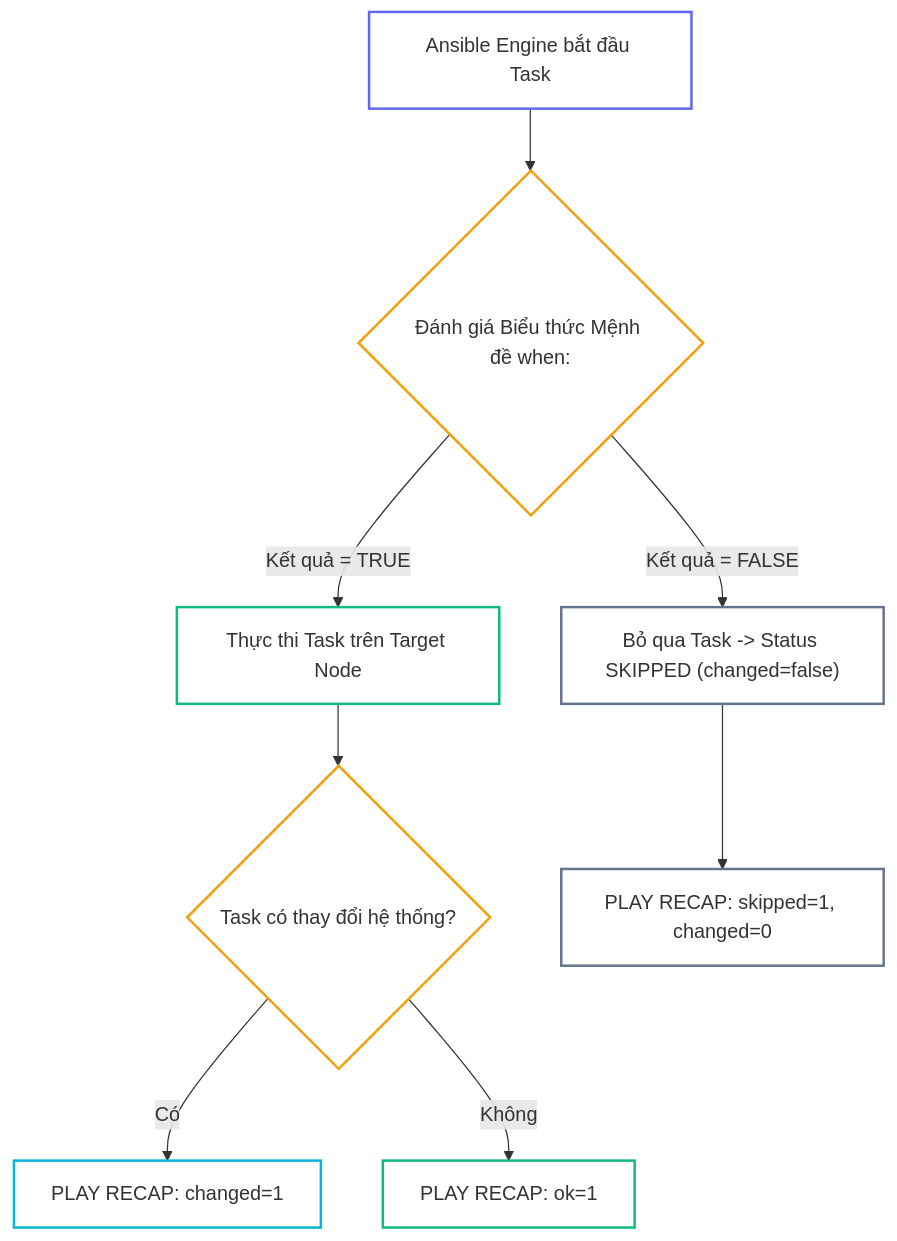
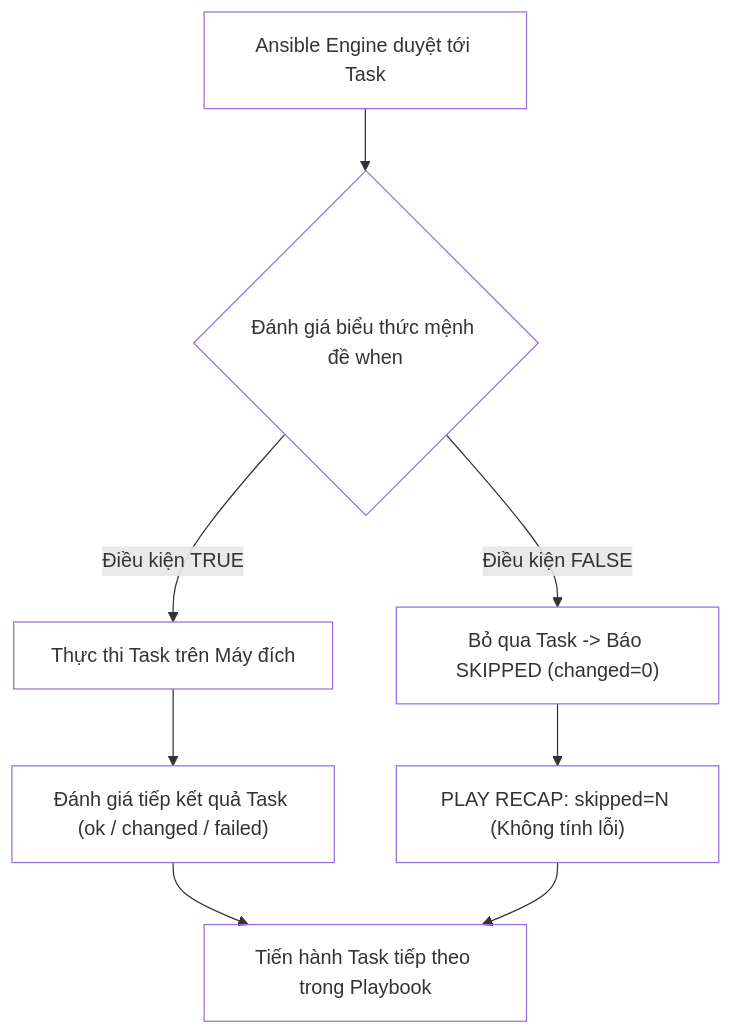
Before and after one commit to kiennt308/ntk: the first of 3 diagrams in _posts/2026-09-13-ansible-09-09-conditionals-when.md, drawn with Mermaid. The commit also changed other lines of this file and 30 other files, not shown here.

````diff
--- a/_posts/2026-09-13-ansible-09-09-conditionals-when.md
+++ b/_posts/2026-09-13-ansible-09-09-conditionals-when.md
@@ -82,21 +37,19 @@
 ```mermaid
 graph TD
-    A["Ansible Engine bắt đầu Task"] --> B{"Đánh giá Biểu thức Mệnh đề when:"}
-    B -->|"Kết quả = TRUE"| C["Thực thi Task trên Target Node"]
-    B -->|"Kết quả = FALSE"| D["Bỏ qua Task -> Status SKIPPED (changed=false)"]
+    A["Ansible Engine duyệt tới Task"] --> B{"Đánh giá biểu thức mệnh đề when"}
+    B -->|"Điều kiện TRUE"| C["Thực thi Task trên Máy đích"]
+    B -->|"Điều kiện FALSE"| D["Bỏ qua Task -> Báo SKIPPED (changed=0)"]
     
-    C --> E{"Task có thay đổi hệ thống?"}
-    E -->|"Có"| F["PLAY RECAP: changed=1"]
-    E -->|"Không"| G["PLAY RECAP: ok=1"]
-    
-    D --> H["PLAY RECAP: skipped=1, changed=0"]
+    C --> E["Đánh giá tiếp kết quả Task (ok / changed / failed)"]
+    D --> F["PLAY RECAP: skipped=N (Không tính lỗi)"]
+    E --> G["Tiến hành Task tiếp theo trong Playbook"]
+    F --> G
 
-    style A fill:none,stroke:#6366f1,stroke-width:2px
-    style B fill:none,stroke:#f59e0b,stroke-width:2px
-    style C fill:none,stroke:#10b981,stroke-width:2px
-    style D fill:none,stroke:#64748b,stroke-width:2px
-    style E fill:none,stroke:#f59e0b,stroke-width:2px
-    style F fill:none,stroke:#06b6d4,stroke-width:2px
-    style G fill:none,stroke:#10b981,stroke-width:2px
-    style H fill:none,stroke:#64748b,stroke-width:2px
+    style A fill:none
+    style B fill:none
+    style C fill:none
+    style D fill:none
+    style E fill:none
+    style F fill:none
+    style G fill:none
 ```
````
